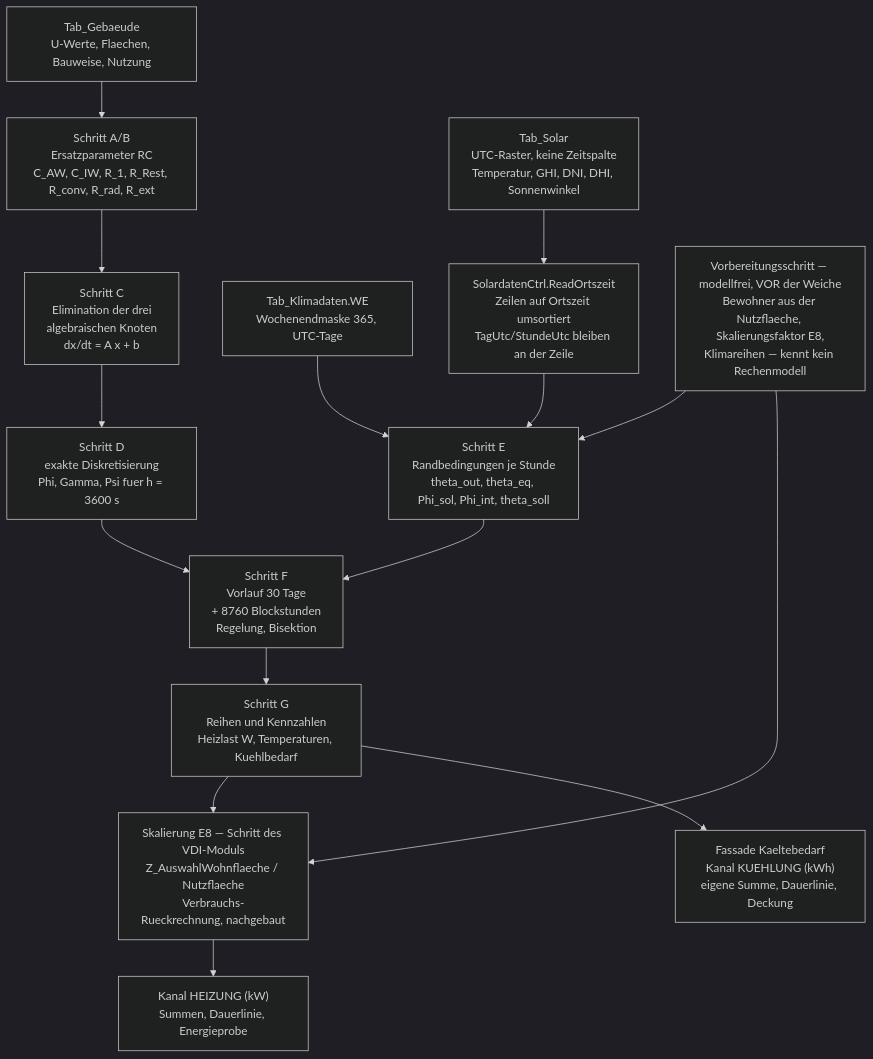
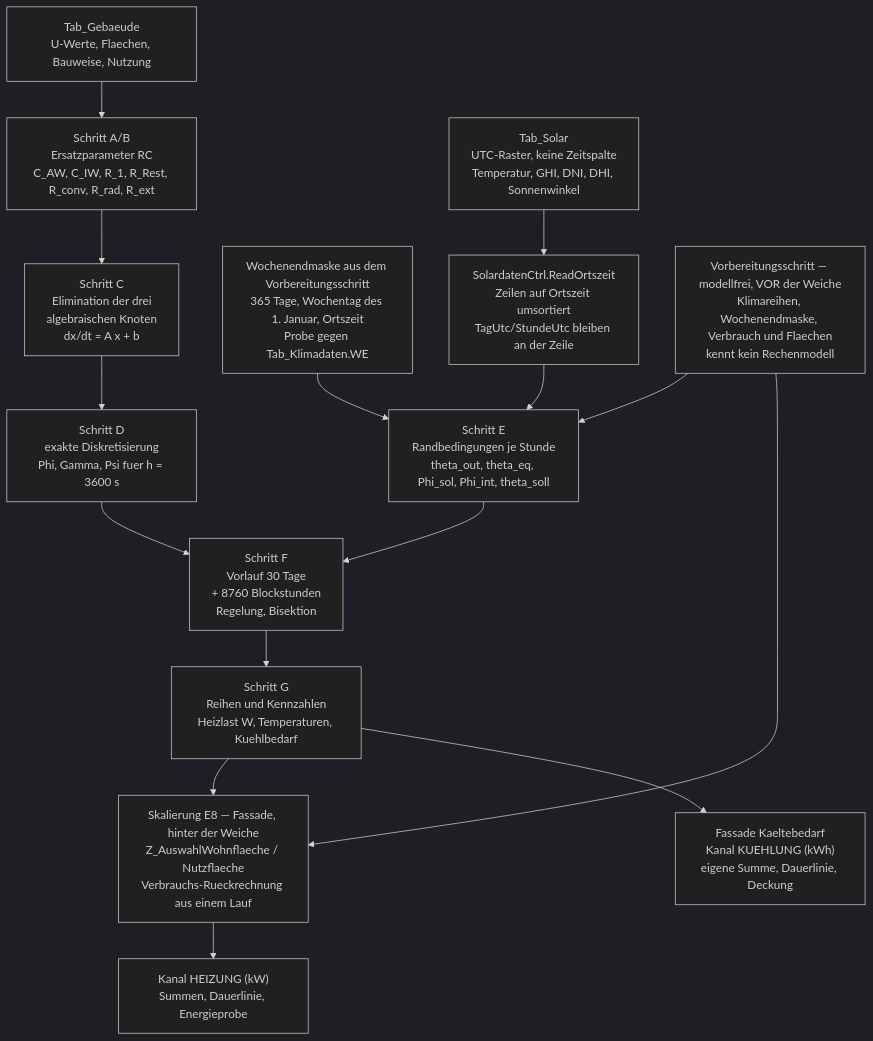
One commit to inekon/EPOS-Plan changed the first of 2 diagrams in Dokumentation/aktuell/Rechenschritte_Gebaeudesimulation_VDI6007_EPOS-Plan.md. Above: the diagram before and after it, drawn with Mermaid (dark theme). The commit also changed other lines of this file and 15 other files, not shown here.

````diff
--- a/Dokumentation/aktuell/Rechenschritte_Gebaeudesimulation_VDI6007_EPOS-Plan.md
+++ b/Dokumentation/aktuell/Rechenschritte_Gebaeudesimulation_VDI6007_EPOS-Plan.md
@@ -85,17 +93,17 @@
 ```mermaid
 flowchart TD
     E1["Tab_Gebaeude<br/>U-Werte, Flaechen, Bauweise, Nutzung"] --> A["Schritt A/B<br/>Ersatzparameter RC<br/>C_AW, C_IW, R_1, R_Rest, R_conv, R_rad, R_ext"]
     E2["Tab_Solar<br/>UTC-Raster, keine Zeitspalte<br/>Temperatur, GHI, DNI, DHI, Sonnenwinkel"] --> Z["SolardatenCtrl.ReadOrtszeit<br/>Zeilen auf Ortszeit umsortiert<br/>TagUtc/StundeUtc bleiben an der Zeile"]
     Z --> E["Schritt E<br/>Randbedingungen je Stunde<br/>theta_out, theta_eq, Phi_sol, Phi_int, theta_soll"]
-    E3["Tab_Klimadaten.WE<br/>Wochenendmaske 365, UTC-Tage"] --> E
+    E3["Wochenendmaske aus dem Vorbereitungsschritt<br/>365 Tage, Wochentag des 1. Januar, Ortszeit<br/>Probe gegen Tab_Klimadaten.WE"] --> E
     A --> C["Schritt C<br/>Elimination der drei<br/>algebraischen Knoten<br/>dx/dt = A x + b"]
     C --> D["Schritt D<br/>exakte Diskretisierung<br/>Phi, Gamma, Psi fuer h = 3600 s"]
     D --> F["Schritt F<br/>Vorlauf 30 Tage<br/>+ 8760 Blockstunden<br/>Regelung, Bisektion"]
     E --> F
-    V["Vorbereitungsschritt — modellfrei, VOR der Weiche<br/>Bewohner aus der Nutzflaeche, Skalierungsfaktor E8,<br/>Klimareihen — kennt kein Rechenmodell"] --> E
+    V["Vorbereitungsschritt — modellfrei, VOR der Weiche<br/>Klimareihen, Wochenendmaske, Verbrauch und Flaechen<br/>kennt kein Rechenmodell"] --> E
     V --> S
     F --> G["Schritt G<br/>Reihen und Kennzahlen<br/>Heizlast W, Temperaturen, Kuehlbedarf"]
-    G --> S["Skalierung E8 — Schritt des VDI-Moduls<br/>Z_AuswahlWohnflaeche / Nutzflaeche<br/>Verbrauchs-Rueckrechnung, nachgebaut"]
+    G --> S["Skalierung E8 — Fassade, hinter der Weiche<br/>Z_AuswahlWohnflaeche / Nutzflaeche<br/>Verbrauchs-Rueckrechnung aus einem Lauf"]
     S --> K["Kanal HEIZUNG (kW)<br/>Summen, Dauerlinie, Energieprobe"]
     G --> KK["Fassade Kaeltebedarf<br/>Kanal KUEHLUNG (kWh)<br/>eigene Summe, Dauerlinie, Deckung"]
 ```
````
